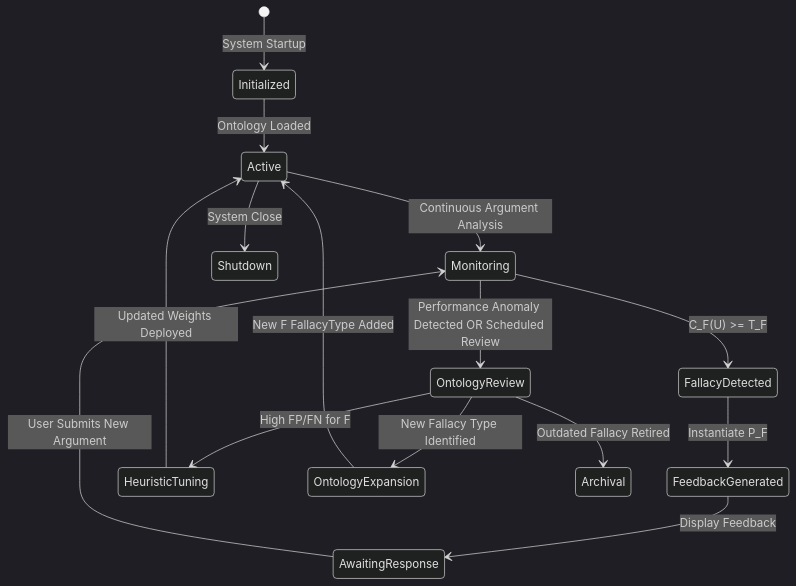
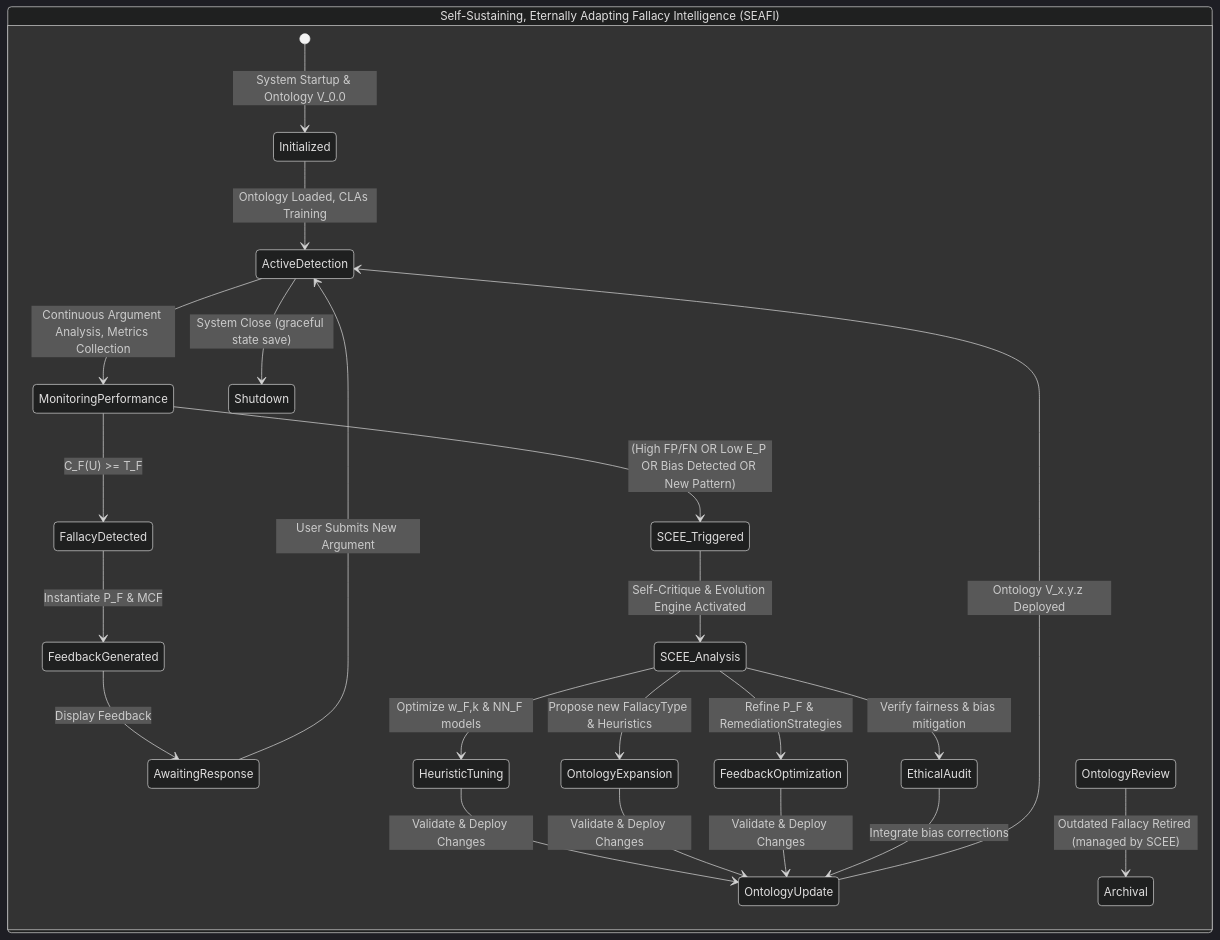
Before and after one commit to diplomat-bit/Citibank_Demo_Business_Inc_Demonstration-: the seventh of 10 diagrams in inventions/018_ai_debate_adversary/fallacy_ontology_spec.md, drawn with Mermaid (dark theme). The commit also changed other lines of this file, not shown here.

Commit message:
[AI] Edit: inventions/018_ai_debate_adversary/fallacy_ontology_spec.md

````diff
--- a/inventions/018_ai_debate_adversary/fallacy_ontology_spec.md
+++ b/inventions/018_ai_debate_adversary/fallacy_ontology_spec.md
@@ -419,17 +561,25 @@
 ```mermaid
 stateDiagram-v2
-    [*] --> Initialized: System Startup
-    Initialized --> Active: Ontology Loaded
-    Active --> Monitoring: Continuous Argument Analysis
-    Monitoring --> FallacyDetected: C_F(U) >= T_F
-    FallacyDetected --> FeedbackGenerated: Instantiate P_F
-    FeedbackGenerated --> AwaitingResponse: Display Feedback
-    AwaitingResponse --> Monitoring: User Submits New Argument
-    Monitoring --> OntologyReview: Performance Anomaly Detected OR Scheduled Review
-    OntologyReview --> HeuristicTuning: High FP/FN for F
-    HeuristicTuning --> Active: Updated Weights Deployed
-    OntologyReview --> OntologyExpansion: New Fallacy Type Identified
-    OntologyExpansion --> Active: New F FallacyType Added
-    Active --> Shutdown: System Close
-    OntologyReview --> Archival: Outdated Fallacy Retired
+    state "Self-Sustaining, Eternally Adapting Fallacy Intelligence (SEAFI)" as SEAFI_STATE {
+        [*] --> Initialized: System Startup & Ontology V_0.0
+        Initialized --> ActiveDetection: Ontology Loaded, CLAs Training
+        ActiveDetection --> MonitoringPerformance: Continuous Argument Analysis, Metrics Collection
+        MonitoringPerformance --> FallacyDetected: C_F(U) >= T_F
+        FallacyDetected --> FeedbackGenerated: Instantiate P_F & MCF
+        FeedbackGenerated --> AwaitingResponse: Display Feedback
+        AwaitingResponse --> ActiveDetection: User Submits New Argument
+        MonitoringPerformance --> SCEE_Triggered: (High FP/FN OR Low E_P OR Bias Detected OR New Pattern)
+        SCEE_Triggered --> SCEE_Analysis: Self-Critique & Evolution Engine Activated
+        SCEE_Analysis --> HeuristicTuning: Optimize w_F,k & NN_F models
+        SCEE_Analysis --> OntologyExpansion: Propose new FallacyType & Heuristics
+        SCEE_Analysis --> FeedbackOptimization: Refine P_F & RemediationStrategies
+        SCEE_Analysis --> EthicalAudit: Verify fairness & bias mitigation
+        HeuristicTuning --> OntologyUpdate: Validate & Deploy Changes
+        OntologyExpansion --> OntologyUpdate: Validate & Deploy Changes
+        FeedbackOptimization --> OntologyUpdate: Validate & Deploy Changes
+        EthicalAudit --> OntologyUpdate: Integrate bias corrections
+        OntologyUpdate --> ActiveDetection: Ontology V_x.y.z Deployed
+        ActiveDetection --> Shutdown: System Close (graceful state save)
+        OntologyReview --> Archival: Outdated Fallacy Retired (managed by SCEE)
+    }
 ```
````
